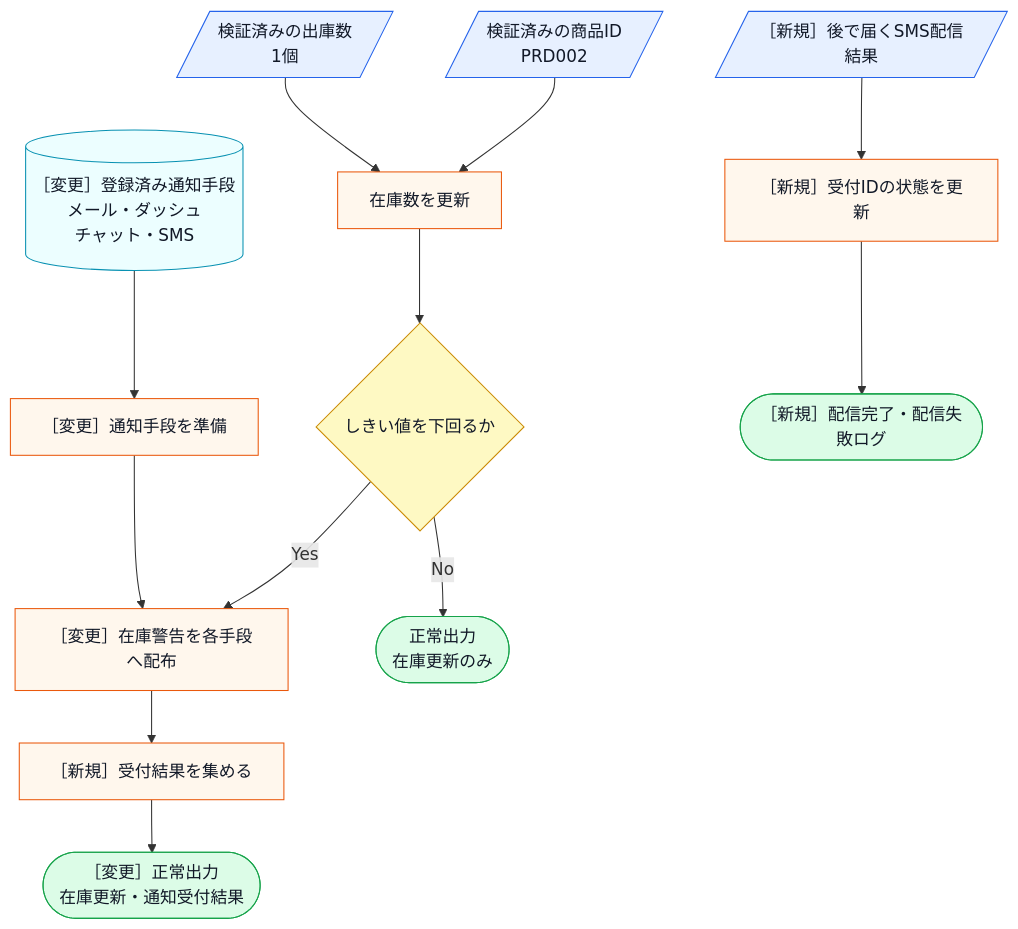
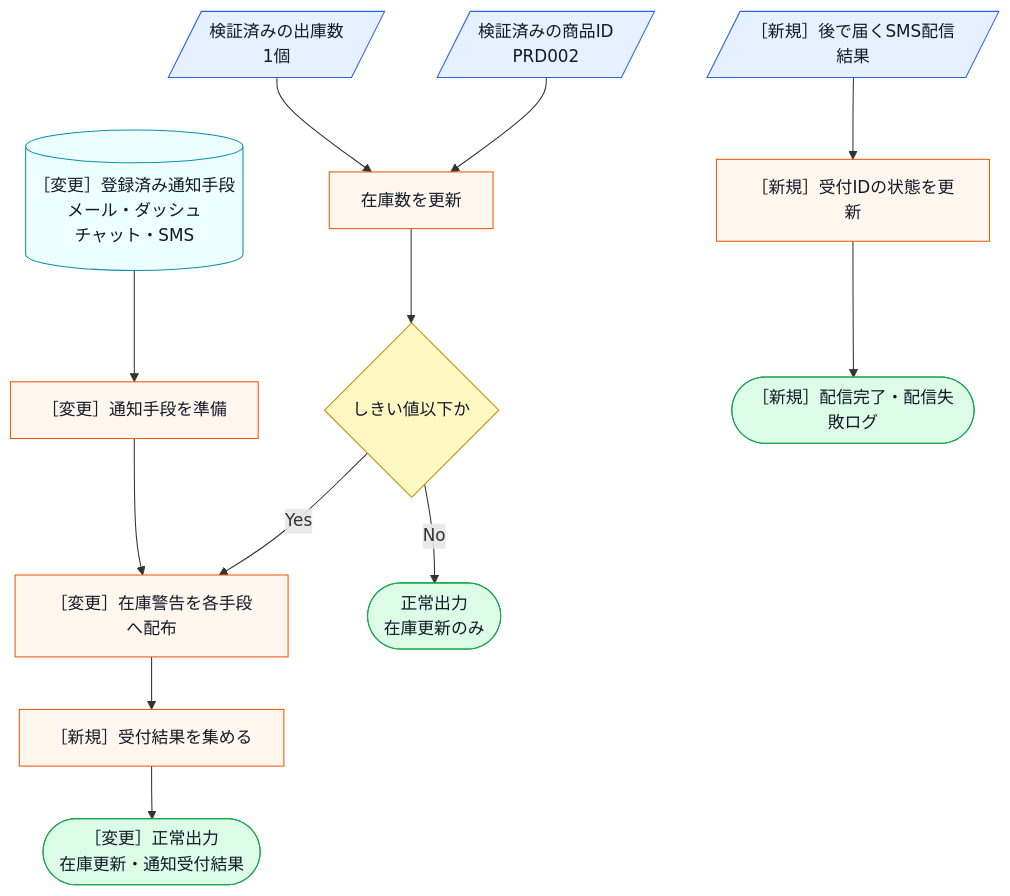
The sixth of 18 diagrams in kindle/design-patterns/books/volume01-core-patterns/output/05-chapter03.md (kumachan1101-pixel/DesignPattern), drawn with Mermaid before and after one commit. The commit also changed other lines of this file and 41 other files, not shown here.

````diff
--- a/kindle/design-patterns/books/volume01-core-patterns/output/05-chapter03.md
+++ b/kindle/design-patterns/books/volume01-core-patterns/output/05-chapter03.md
@@ -866,20 +906,20 @@
 ```mermaid
 flowchart TB
     A[/検証済みの商品ID<br>PRD002/]:::input --> G[在庫数を更新]:::process
     C[/検証済みの出庫数<br>1個/]:::input --> G
     E[(［変更］登録済み通知手段<br>メール・ダッシュ<br>チャット・SMS)]:::data --> F[［変更］通知手段を準備]:::process
-    G --> H{しきい値を下回るか}:::decision
+    G --> H{しきい値以下か}:::decision
     H -->|Yes| I[［変更］在庫警告を各手段へ配布]:::process
     F --> I
     I --> L[［新規］受付結果を集める]:::process
     L --> K([［変更］正常出力<br>在庫更新・通知受付結果]):::normal
     H -->|No| J([正常出力<br>在庫更新のみ]):::normal
     S[/［新規］後で届くSMS配信結果/]:::input --> O[［新規］受付IDの状態を更新]:::process
     O --> P([［新規］配信完了・配信失敗ログ]):::normal
 
     classDef data fill:#ecfeff,stroke:#0891b2,color:#111827;
     classDef input fill:#e7f0ff,stroke:#2563eb,color:#111827;
     classDef process fill:#fff7ed,stroke:#ea580c,color:#111827;
     classDef decision fill:#fef9c3,stroke:#ca8a04,color:#111827;
     classDef normal fill:#dcfce7,stroke:#16a34a,color:#111827;
 ```
````
